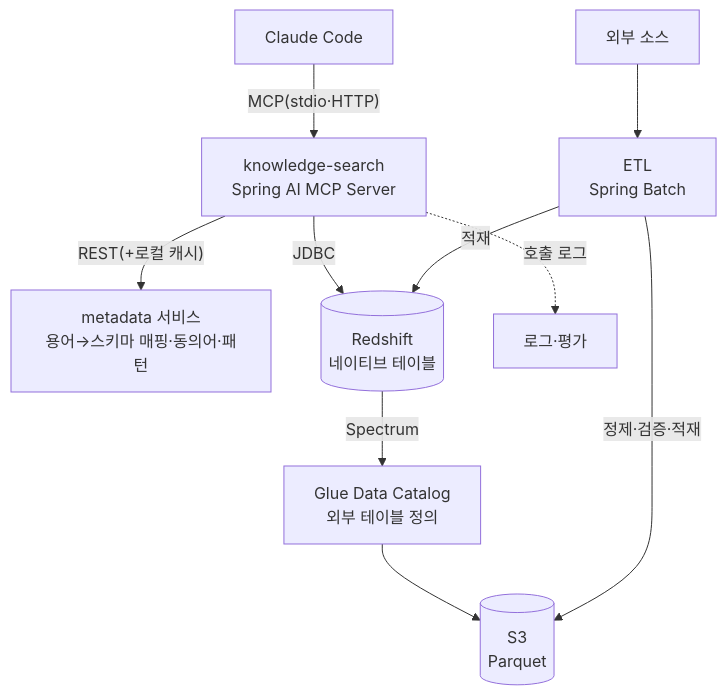
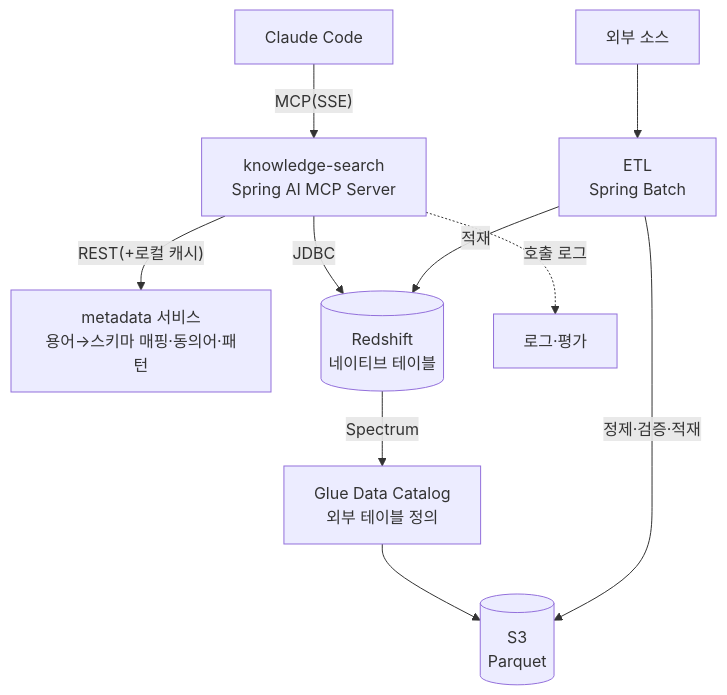
Before and after one commit to HongJungWan/knowledge-search: the first of 2 diagrams in .claude/docs/prd-knowledge-search.md, drawn with Mermaid. The commit also changed other lines of this file and 30 other files, not shown here.

````diff
--- a/.claude/docs/prd-knowledge-search.md
+++ b/.claude/docs/prd-knowledge-search.md
@@ -41,12 +42,12 @@
 ```mermaid
 flowchart TD
-    CC[Claude Code] -- MCP(stdio·HTTP) --> KS[knowledge-search\nSpring AI MCP Server]
+    CC[Claude Code] -- MCP(SSE) --> KS[knowledge-search\nSpring AI MCP Server]
     KS -- REST(+로컬 캐시) --> META[metadata 서비스\n용어→스키마 매핑·동의어·패턴]
     KS -- JDBC --> RS[(Redshift\n네이티브 테이블)]
     RS -- Spectrum --> GLUE[Glue Data Catalog\n외부 테이블 정의]
     GLUE --> S3[(S3\nParquet)]
     ETL[ETL\nSpring Batch] -- 정제·검증·적재 --> S3
     ETL -- 적재 --> RS
     SRC[외부 소스] --> ETL
     KS -. 호출 로그 .-> OBS[로그·평가]
 ```
````
